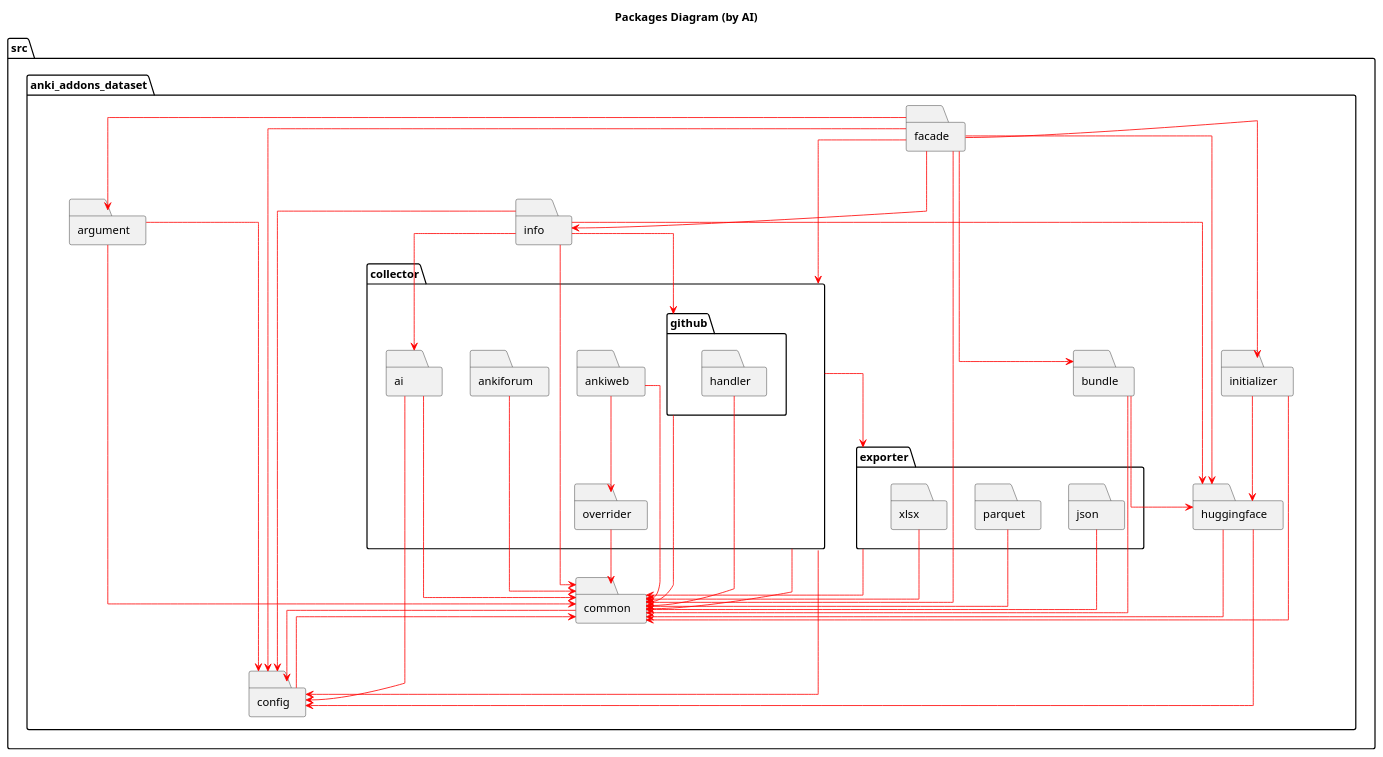
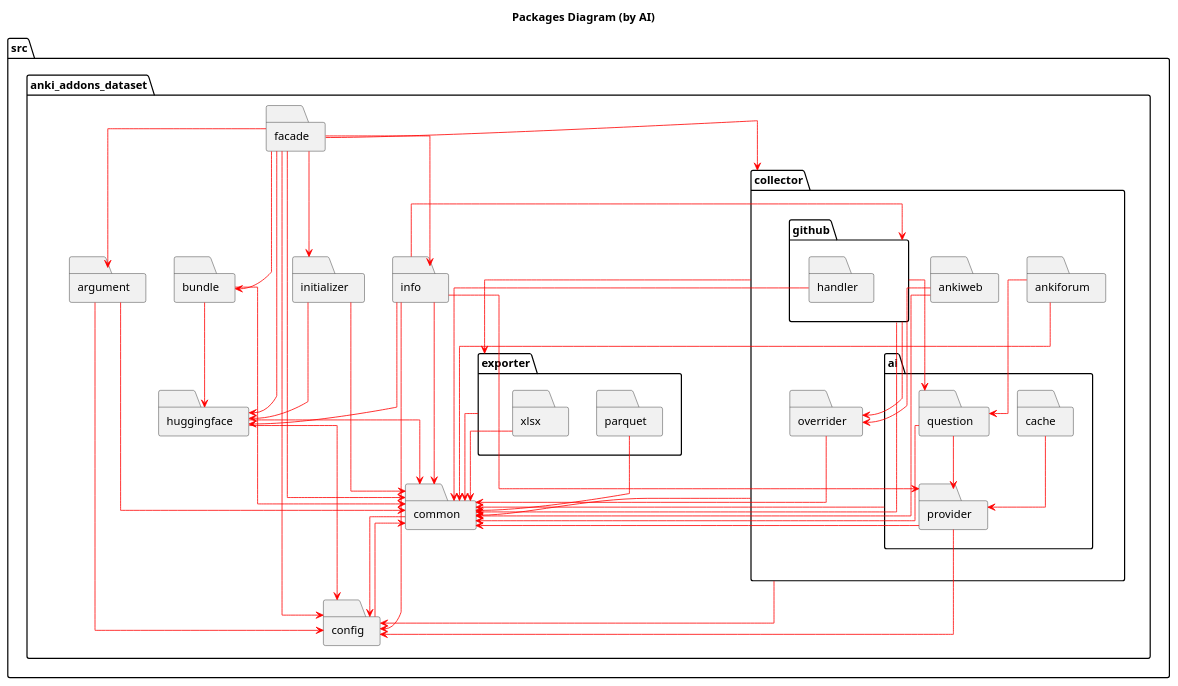
One commit to Aleks-Ya/anki-addons-dataset changed the diagram in doc/uml/ai/packages.puml. Above: the diagram before and after it, drawn with PlantUML. The commit also changed 2 other files, not shown here.

Commit message:
Update UML diagrams

```diff
--- a/doc/uml/ai/packages.puml
+++ b/doc/uml/ai/packages.puml
@@ -1,88 +1,100 @@
 @startuml
 
 title Packages Diagram (by AI)
 
 skinparam linetype ortho
 skinparam ArrowColor red
 
 folder src {
     folder anki_addons_dataset {
         folder argument
         folder bundle
         folder collector {
-            folder ai
+            folder ai {
+                folder cache
+                folder provider
+                folder question
+            }
             folder ankiforum
             folder ankiweb
             folder github {
                 folder handler
             }
             folder overrider
         }
         folder common
         folder config
         folder exporter {
-            folder json
             folder parquet
             folder xlsx
         }
         folder facade
         folder huggingface
         folder info
         folder initializer
     }
 }
 
 ai --> common
-ai --> config
+
+cache --> provider
+
+provider --> common
+provider --> config
+
+question --> common
+question --> provider
 
 ankiforum --> common
+ankiforum --> question
 
 ankiweb --> common
 ankiweb --> overrider
 
 argument --> common
 argument --> config
 
 bundle --> common
 bundle --> huggingface
 
 collector --> common
 collector --> config
 collector --> exporter
 
 common --> config
 config --> common
 
 exporter --> common
 
 facade --> argument
 facade --> bundle
 facade --> collector
 facade --> common
 facade --> config
 facade --> huggingface
 facade --> info
 facade --> initializer
 
 github --> common
+github --> overrider
+github --> question
 handler --> common
 
 huggingface --> common
 huggingface --> config
 
-info --> ai
 info --> common
 info --> config
 info --> github
 info --> huggingface
+info --> provider
 
 initializer --> common
 initializer --> huggingface
 
-json --> common
 parquet --> common
 xlsx --> common
 
 overrider --> common
 
 @enduml
```
